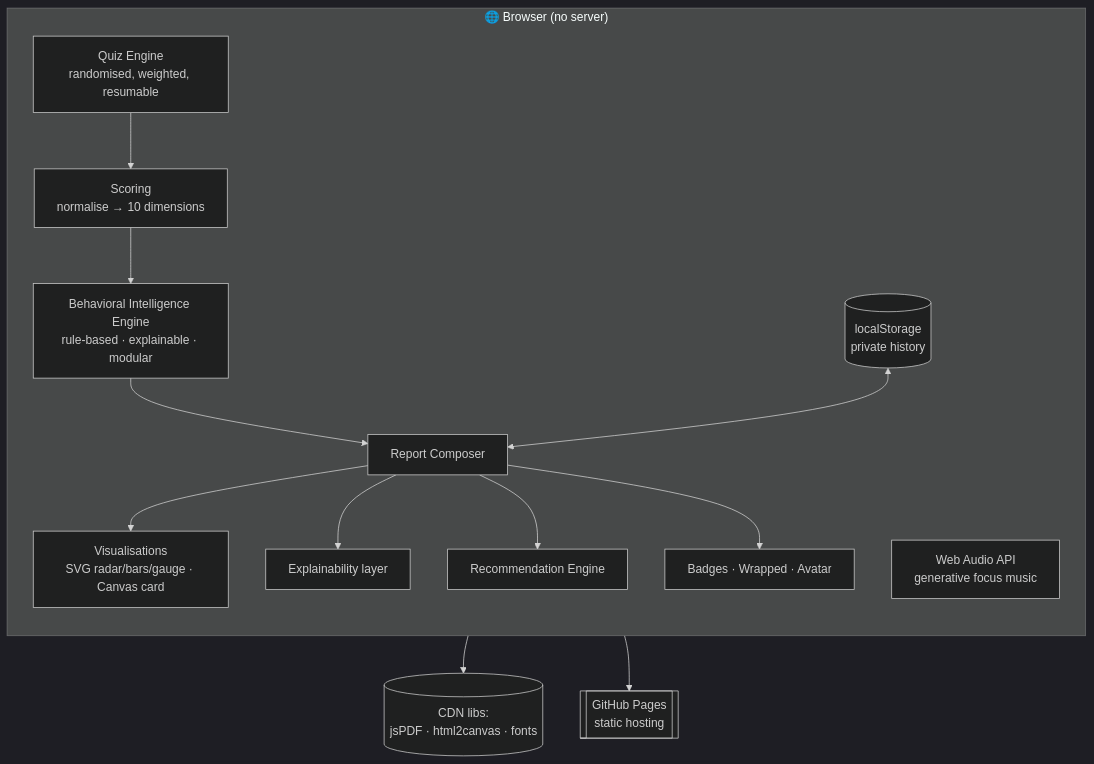
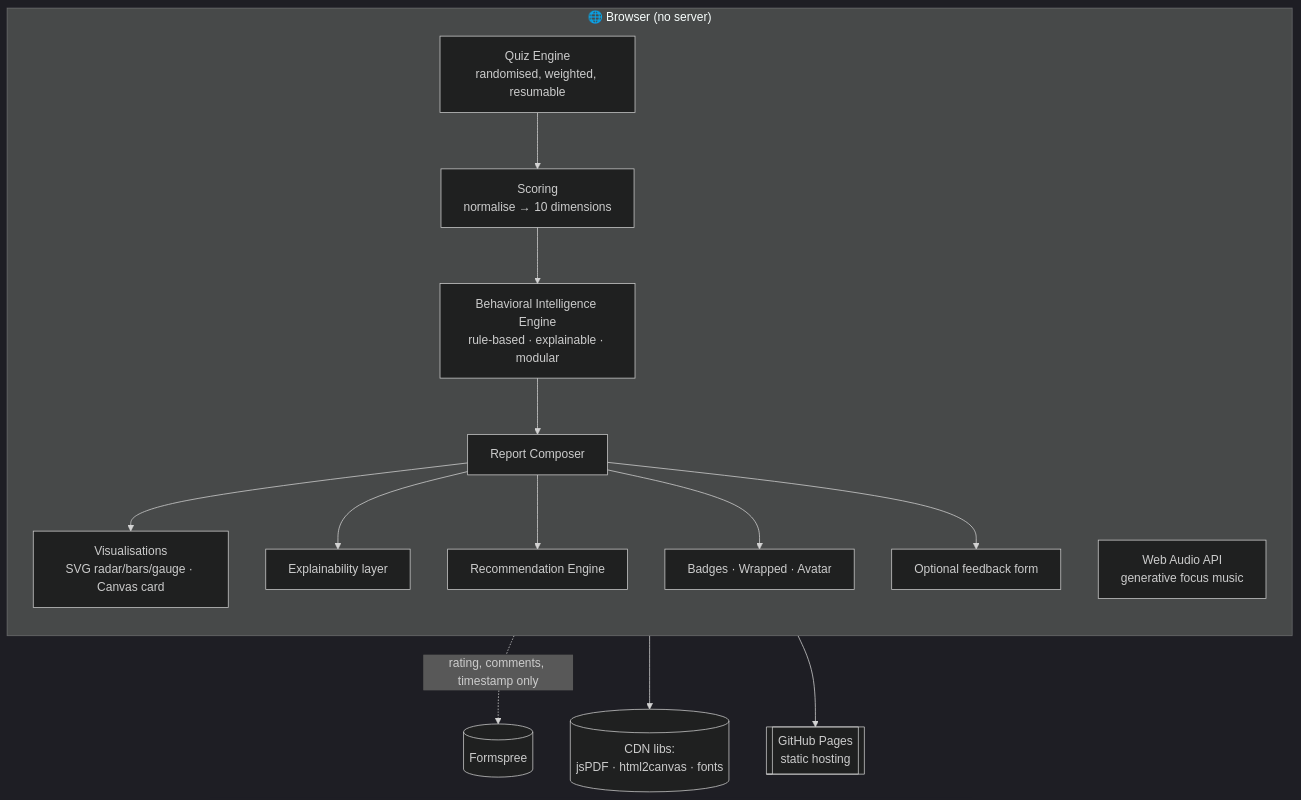
One commit to AntaraBarman/Project1 changed the first of 4 diagrams in docs/ARCHITECTURE.md. Above: the diagram before and after it, drawn with Mermaid (dark theme). The commit also changed other lines of this file and 3 other files, not shown here.

Commit message:
Update docs: feedback form, purple removal, progress-note removal (v1.5.0)

````diff
--- a/docs/ARCHITECTURE.md
+++ b/docs/ARCHITECTURE.md
@@ -20,17 +21,18 @@
 ```mermaid
 flowchart TD
   subgraph Browser["🌐 Browser (no server)"]
     direction TB
     Q[Quiz Engine<br/>randomised, weighted, resumable] --> SC[Scoring<br/>normalise → 10 dimensions]
     SC --> BIE[Behavioral Intelligence Engine<br/>rule-based · explainable · modular]
     BIE --> REP[Report Composer]
     REP --> VIS[Visualisations<br/>SVG radar/bars/gauge · Canvas card]
     REP --> EXP[Explainability layer]
     REP --> REC[Recommendation Engine]
     REP --> EXTRA[Badges · Wrapped · Avatar]
-    LS[(localStorage<br/>private history)] <--> REP
+    REP --> FB[Optional feedback form]
     AUD[Web Audio API<br/>generative focus music]
   end
   Browser --> CDN[(CDN libs:<br/>jsPDF · html2canvas · fonts)]
   Browser --> PAGES[[GitHub Pages<br/>static hosting]]
+  FB -.->|rating, comments, timestamp only| FORMSPREE[(Formspree)]
 ```
````
